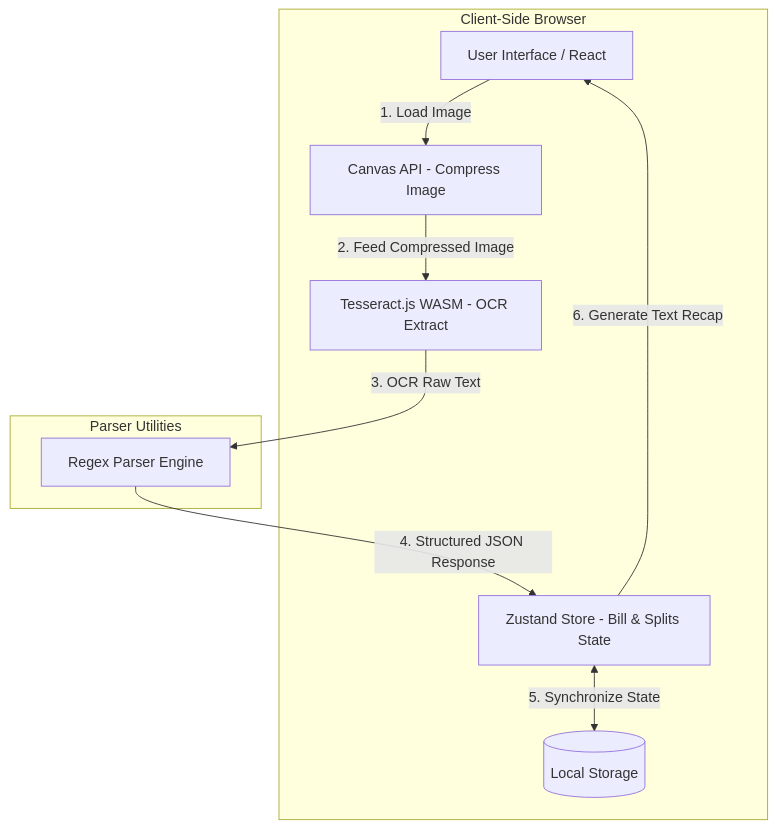
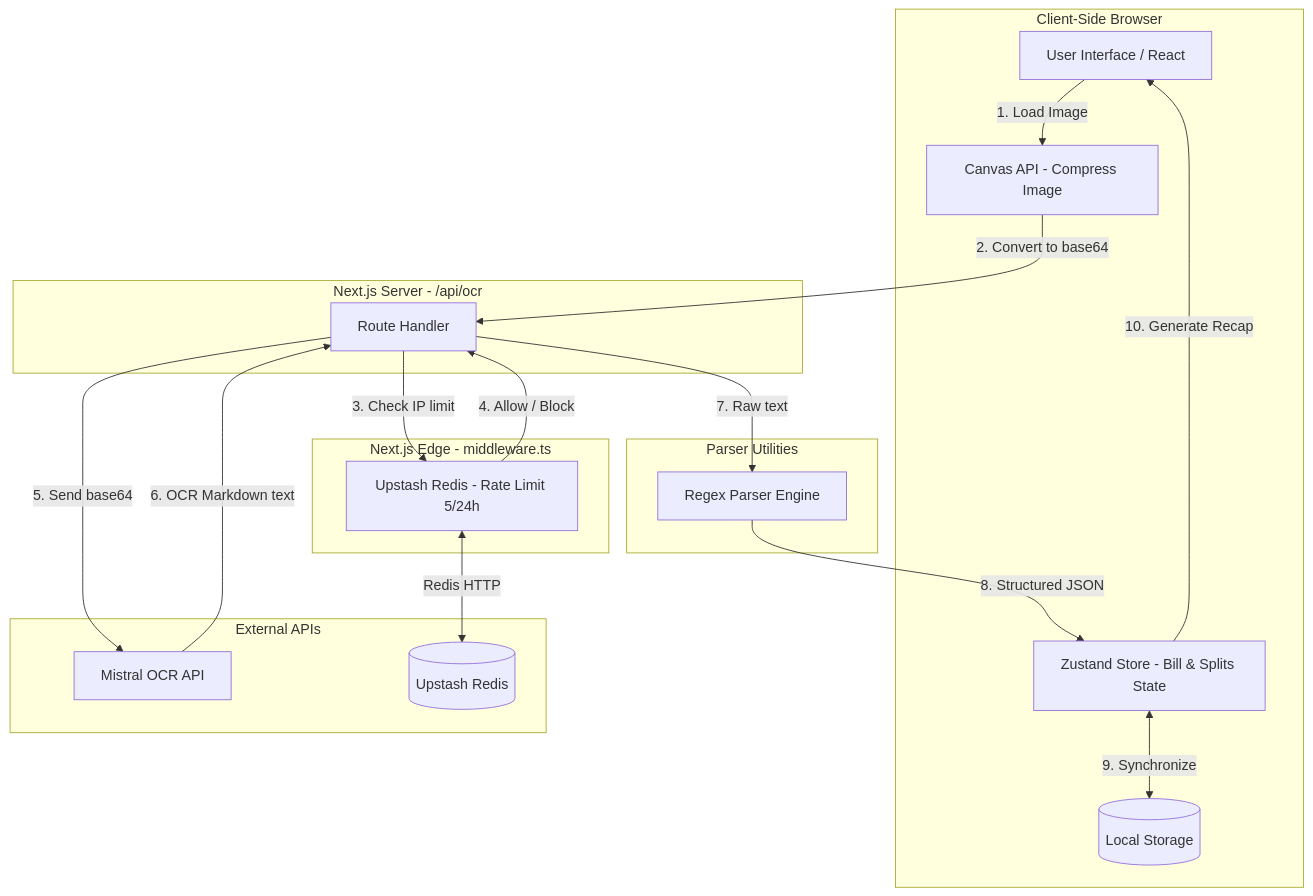
Before and after one commit to AbdullahFathan/BILLOCR: the diagram in context/architecture.md, drawn with Mermaid. The commit also changed other lines of this file and 12 other files, not shown here.

Commit message:
feat: change ocr & add redis

````diff
--- a/context/architecture.md
+++ b/context/architecture.md
@@ -38,21 +39,38 @@
 ```mermaid
 graph TD
     subgraph Client [Client-Side Browser]
         UI[User Interface / React]
         Canvas[Canvas API - Compress Image]
-        Tesseract[Tesseract.js WASM - OCR Extract]
         State[Zustand Store - Bill & Splits State]
         LS[(Local Storage)]
+    end
+
+    subgraph Edge [Next.js Edge - middleware.ts]
+        RL[Upstash Redis - Rate Limit 5/24h]
+    end
+
+    subgraph Server [Next.js Server - /api/ocr]
+        Route[Route Handler]
+    end
+
+    subgraph External [External APIs]
+        Mistral[Mistral OCR API]
+        Upstash[(Upstash Redis)]
     end
 
     subgraph Parser [Parser Utilities]
         Regex[Regex Parser Engine]
     end
 
     UI -->|1. Load Image| Canvas
-    Canvas -->|2. Feed Compressed Image| Tesseract
-    Tesseract -->|3. OCR Raw Text| Regex
-    Regex -->|4. Structured JSON Response| State
-    State <-->|5. Synchronize State| LS
-    State -->|6. Generate Text Recap| UI
+    Canvas -->|2. Convert to base64| Route
+    Route -->|3. Check IP limit| RL
+    RL -->|4. Allow / Block| Route
+    RL <-->|Redis HTTP| Upstash
+    Route -->|5. Send base64| Mistral
+    Mistral -->|6. OCR Markdown text| Route
+    Route -->|7. Raw text| Regex
+    Regex -->|8. Structured JSON| State
+    State <-->|9. Synchronize| LS
+    State -->|10. Generate Recap| UI
 ```
````
